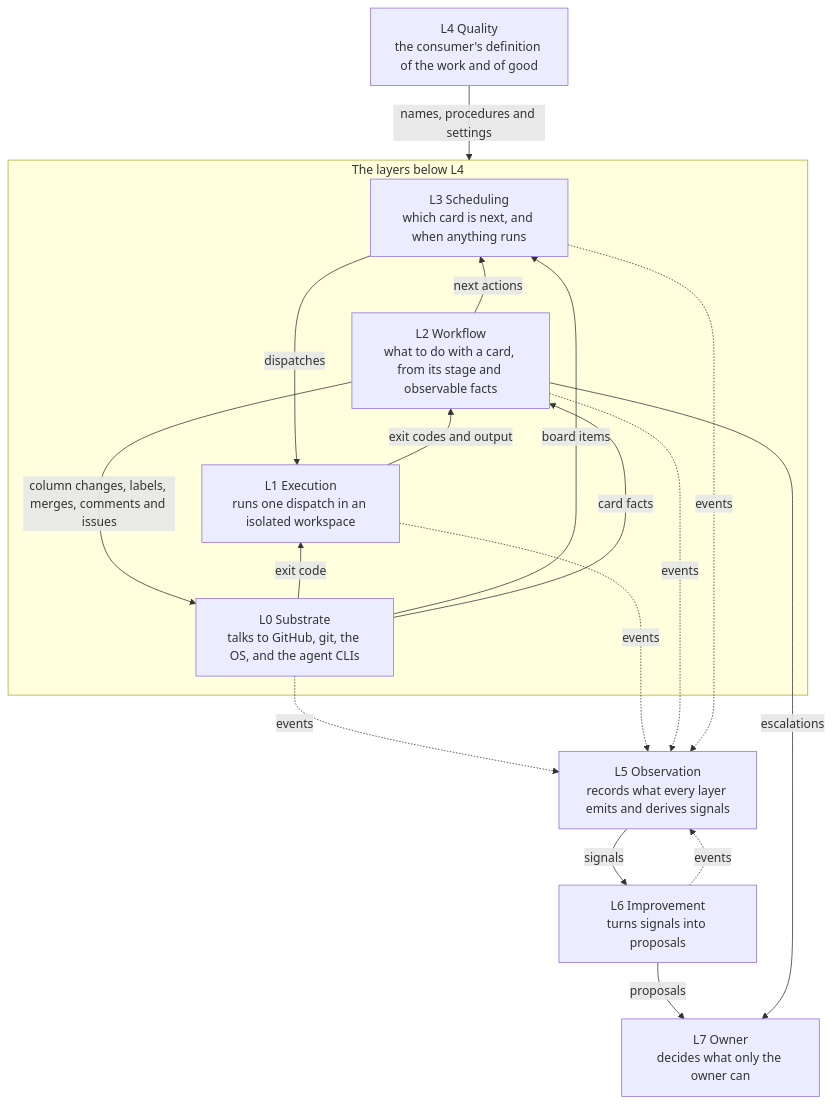
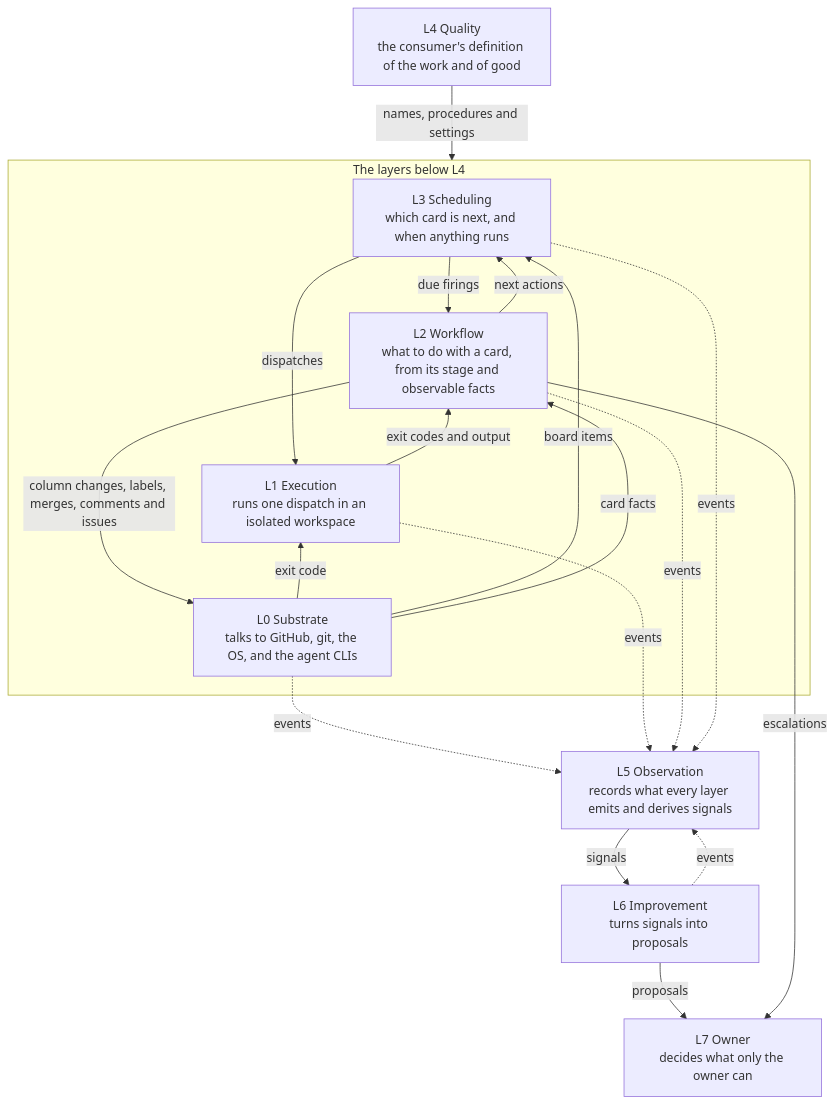
One commit to williacj/rigger changed the diagram in ARCHITECTURE.md. Above: the diagram before and after it, drawn with Mermaid. The commit also changed other lines of this file and 1 other file, not shown here.

````diff
--- a/ARCHITECTURE.md
+++ b/ARCHITECTURE.md
@@ -94,31 +99,32 @@
 ```mermaid
 flowchart TB
   L5["L5 Observation<br/>records what every layer emits and derives signals"]
   L6["L6 Improvement<br/>turns signals into proposals"]
   L7["L7 Owner<br/>decides what only the owner can"]
   L4["L4 Quality<br/>the consumer's definition of the work and of good"]
   subgraph below["The layers below L4"]
     L3["L3 Scheduling<br/>which card is next, and when anything runs"]
     L2["L2 Workflow<br/>what to do with a card, from its stage and observable facts"]
     L1["L1 Execution<br/>runs one dispatch in an isolated workspace"]
     L0["L0 Substrate<br/>talks to GitHub, git, the OS, and the agent CLIs"]
   end
   %% Invisible links, carrying nothing but the order of the stack.
   L3 ~~~ L2 ~~~ L1 ~~~ L0
   L4 -->|names, procedures and settings| below
   L2 -->|next actions| L3
+  L3 -->|due firings| L2
   L3 -->|dispatches| L1
   L1 -->|exit codes and output| L2
   L0 -->|exit code| L1
   L0 -->|board items| L3
   L0 -->|card facts| L2
   L2 -->|column changes, labels, merges, comments and issues| L0
   L0 -.->|events| L5
   L1 -.->|events| L5
   L2 -.->|events| L5
   L3 -.->|events| L5
   L6 -.->|events| L5
   L5 -->|signals| L6
   L6 -->|proposals| L7
   L2 -->|escalations| L7
 ```
````
